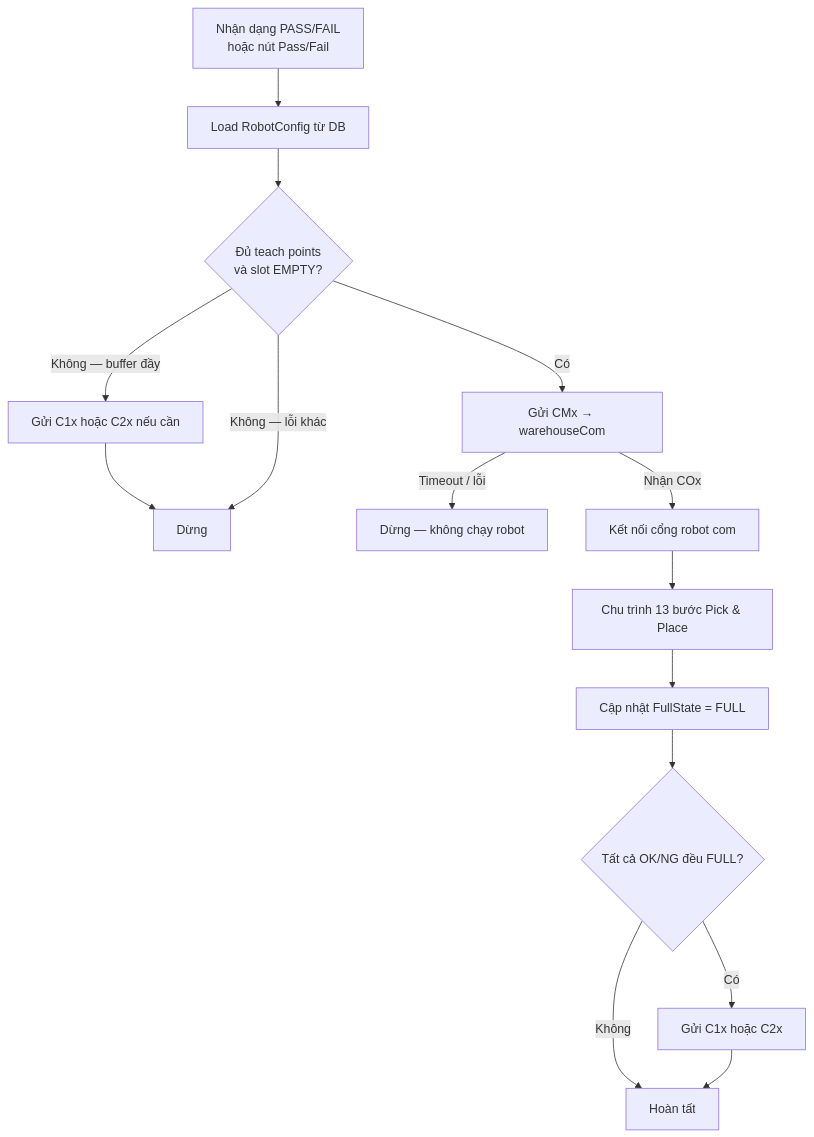
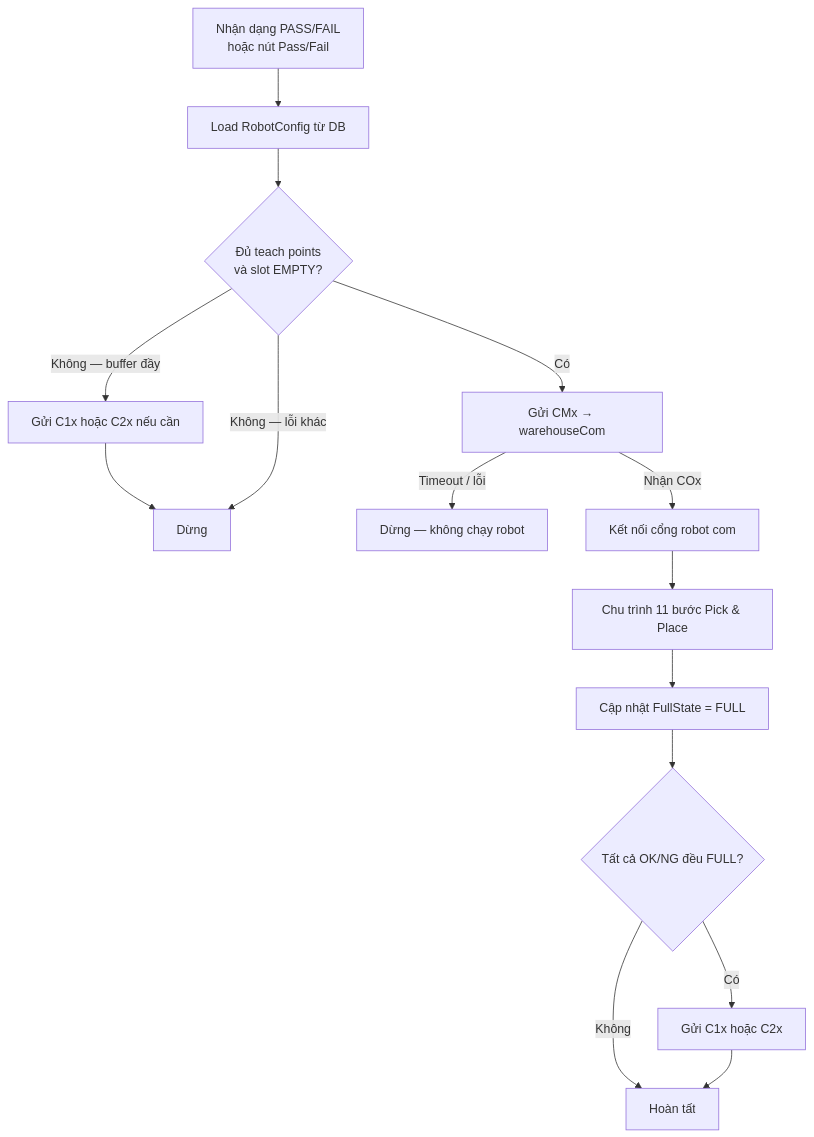
One commit to cmsang/haui changed the fifth of 7 diagrams in Haui.PCB/docs/ROBOT_WORKFLOW.md. Above: the diagram before and after it, drawn with Mermaid. The commit also changed other lines of this file and 11 other files, not shown here.

````diff
--- a/Haui.PCB/docs/ROBOT_WORKFLOW.md
+++ b/Haui.PCB/docs/ROBOT_WORKFLOW.md
@@ -315,17 +383,17 @@
 ```mermaid
 flowchart TD
     A[Nhận dạng PASS/FAIL<br/>hoặc nút Pass/Fail] --> B[Load RobotConfig từ DB]
     B --> V{Đủ teach points<br/>và slot EMPTY?}
     V -->|Không — buffer đầy| D[Gửi C1x hoặc C2x nếu cần]
     D --> Z[Dừng]
     V -->|Không — lỗi khác| Z
     V -->|Có| W[Gửi CMx → warehouseCom]
     W -->|Timeout / lỗi| X[Dừng — không chạy robot]
     W -->|Nhận COx| R[Kết nối cổng robot com]
-    R --> E[Chu trình 13 bước Pick & Place]
+    R --> E[Chu trình 11 bước Pick & Place]
     E --> F[Cập nhật FullState = FULL]
     F --> G{Tất cả OK/NG đều FULL?}
     G -->|Có| H[Gửi C1x hoặc C2x]
     G -->|Không| I[Hoàn tất]
     H --> I
 ```
````
